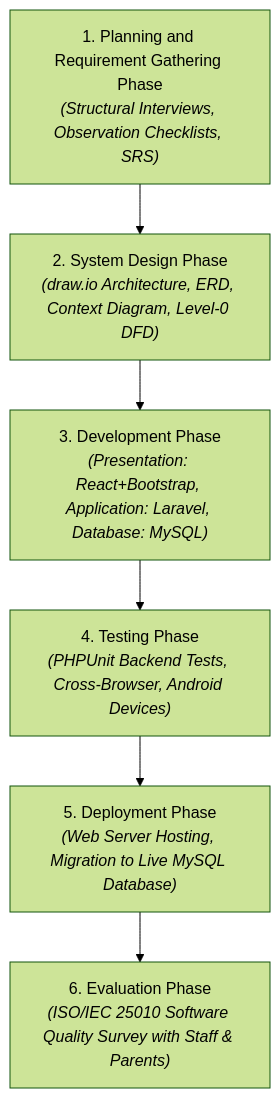
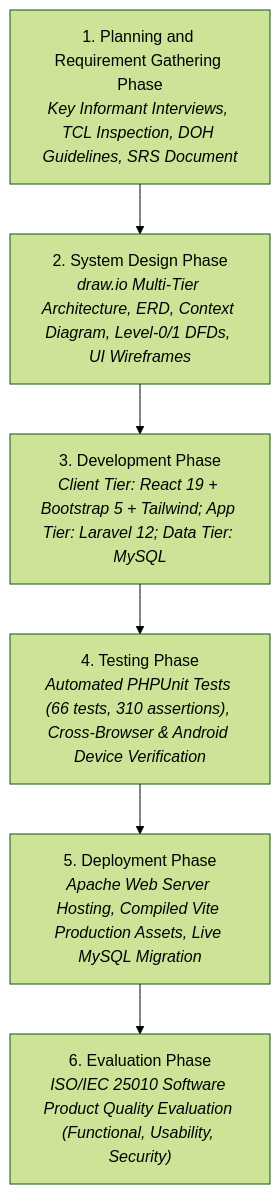
Before and after one commit to int40pix/BugoImmunization: the second of 8 diagrams in docs/diagrams/erd_and_workflows.md, drawn with Mermaid (forest theme). The commit also changed other lines of this file and 9 other files, not shown here.

Commit message:
docs(system-design): update architecture, data dictionary, DFDs, ERD, and add draw.io diagram suite

````diff
--- a/docs/diagrams/erd_and_workflows.md
+++ b/docs/diagrams/erd_and_workflows.md
@@ -47,15 +51,15 @@
 ```mermaid
 flowchart TD
-    Phase1["1. Planning and Requirement Gathering Phase<br/><i>(Structural Interviews, Observation Checklists, SRS)</i>"]
-    Phase2["2. System Design Phase<br/><i>(draw.io Architecture, ERD, Context Diagram, Level-0 DFD)</i>"]
-    Phase3["3. Development Phase<br/><i>(Presentation: React+Bootstrap, Application: Laravel, Database: MySQL)</i>"]
-    Phase4["4. Testing Phase<br/><i>(PHPUnit Backend Tests, Cross-Browser, Android Devices)</i>"]
-    Phase5["5. Deployment Phase<br/><i>(Web Server Hosting, Migration to Live MySQL Database)</i>"]
-    Phase6["6. Evaluation Phase<br/><i>(ISO/IEC 25010 Software Quality Survey with Staff & Parents)</i>"]
+    Phase1["1. Planning and Requirement Gathering Phase<br/><i>Key Informant Interviews, TCL Inspection, DOH Guidelines, SRS Document</i>"]
+    Phase2["2. System Design Phase<br/><i>draw.io Multi-Tier Architecture, ERD, Context Diagram, Level-0/1 DFDs, UI Wireframes</i>"]
+    Phase3["3. Development Phase<br/><i>Client Tier: React 19 + Bootstrap 5 + Tailwind; App Tier: Laravel 12; Data Tier: MySQL</i>"]
+    Phase4["4. Testing Phase<br/><i>Automated PHPUnit Tests (66 tests, 310 assertions), Cross-Browser & Android Device Verification</i>"]
+    Phase5["5. Deployment Phase<br/><i>Apache Web Server Hosting, Compiled Vite Production Assets, Live MySQL Migration</i>"]
+    Phase6["6. Evaluation Phase<br/><i>ISO/IEC 25010 Software Product Quality Evaluation (Functional, Usability, Security)</i>"]
 
     Phase1 --> Phase2
     Phase2 --> Phase3
     Phase3 --> Phase4
     Phase4 --> Phase5
     Phase5 --> Phase6
 ```
````
